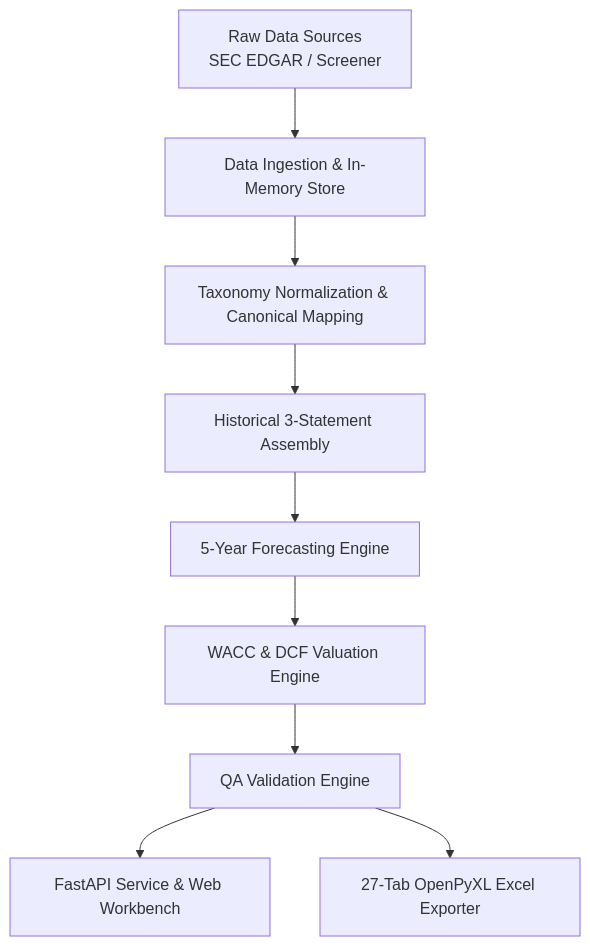
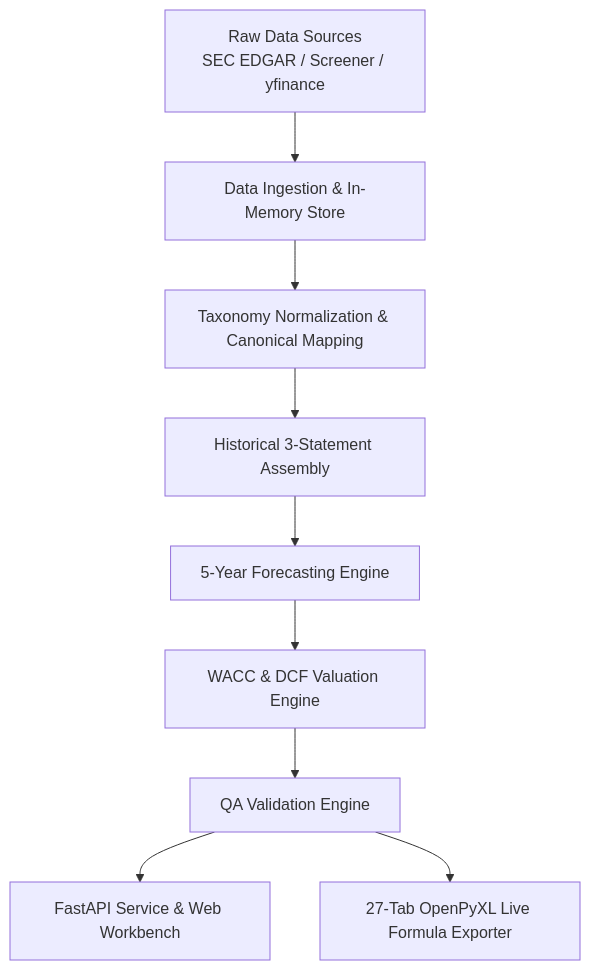
Before and after one commit to karbburn/Valence: the diagram in README.md, drawn with Mermaid. The commit also changed other lines of this file, not shown here.

Commit message:
docs: update README with live formula architecture & institutional verification suite

````diff
--- a/README.md
+++ b/README.md
@@ -25,11 +25,11 @@
 ```mermaid
 graph TD
-    A[Raw Data Sources<br/>SEC EDGAR / Screener] --> B[Data Ingestion & In-Memory Store]
+    A[Raw Data Sources<br/>SEC EDGAR / Screener / yfinance] --> B[Data Ingestion & In-Memory Store]
     B --> C[Taxonomy Normalization & Canonical Mapping]
     C --> D[Historical 3-Statement Assembly]
     D --> E[5-Year Forecasting Engine]
     E --> F[WACC & DCF Valuation Engine]
     F --> G[QA Validation Engine]
     G --> H[FastAPI Service & Web Workbench]
-    G --> I[27-Tab OpenPyXL Excel Exporter]
+    G --> I[27-Tab OpenPyXL Live Formula Exporter]
 ```
````
